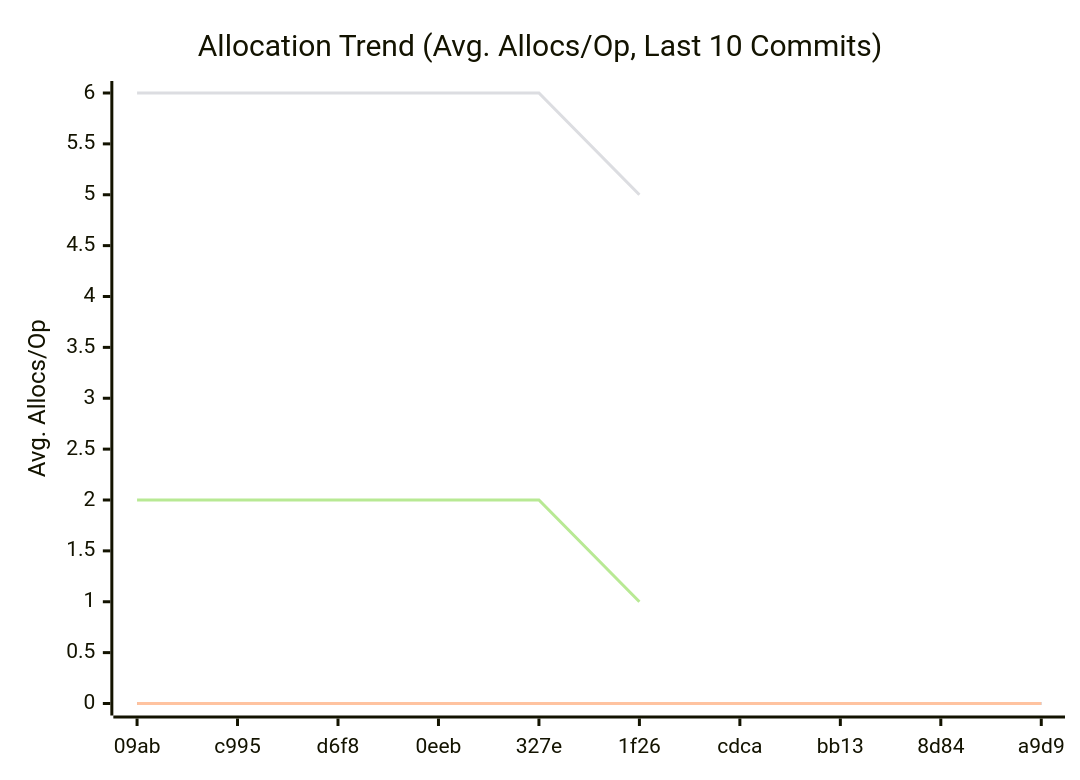
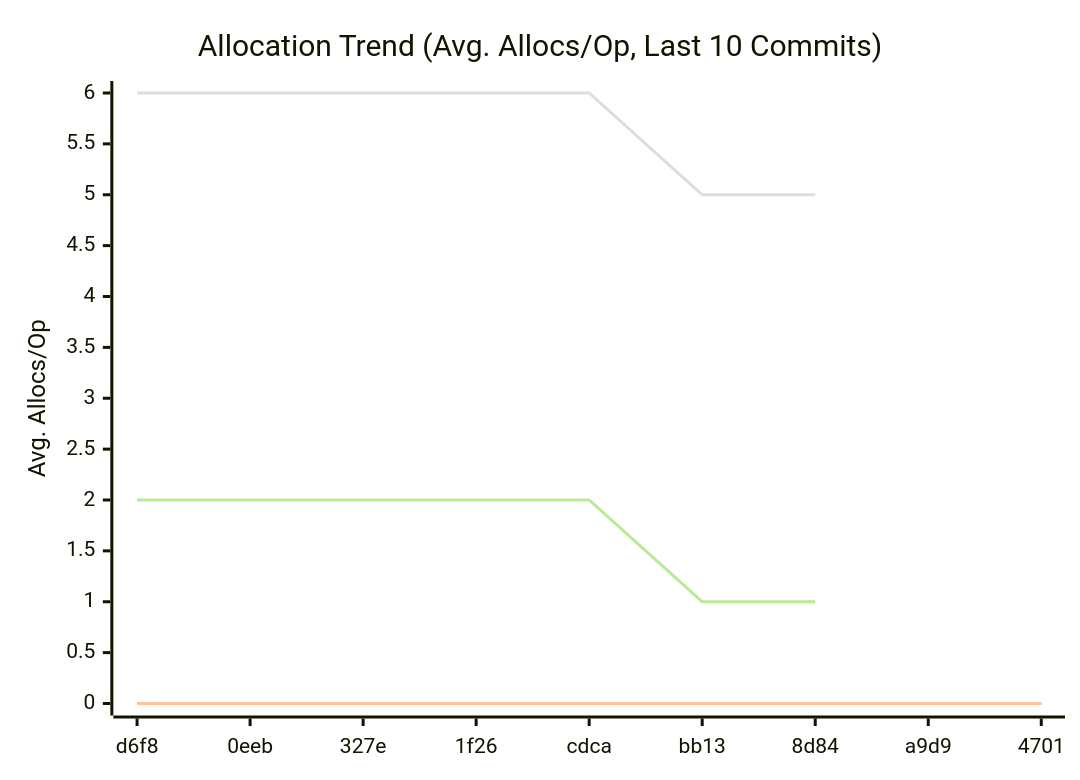
The third of 3 diagrams in doc/README.md (alsotoes/momo), drawn with Mermaid before and after one commit. The commit also changed other lines of this file and 1 other file, not shown here.

````diff
--- a/doc/README.md
+++ b/doc/README.md
@@ -322,12 +322,12 @@
 ```mermaid
 xychart-beta
     title "Allocation Trend (Avg. Allocs/Op, Last 10 Commits)"
     x-axis "Commit"
     y-axis "Avg. Allocs/Op"
-    x-axis [09ab,c995,d6f8,0eeb,327e,1f26,cdca,bb13,8d84,a9d9]
+    x-axis [d6f8,0eeb,327e,1f26,cdca,bb13,8d84,a9d9,4701]
     line "CheckMetricsAndSwap" [0,0,0,0,0,0,0,0,0,0]
     line "IndexDirectTracking" [0,0,0,0,0,0,0,0,0,0]
     line "IndexSearch" [0,0,0,0,0,0,0,0,0,0]
-    line "ParseReplicationOrder_NoPrealloc" [6,6,6,6,6,5]
-    line "ParseReplicationOrder_Prealloc" [2,2,2,2,2,1]
+    line "ParseReplicationOrder_NoPrealloc" [6,6,6,6,6,5,5]
+    line "ParseReplicationOrder_Prealloc" [2,2,2,2,2,1,1]
 ```
````
